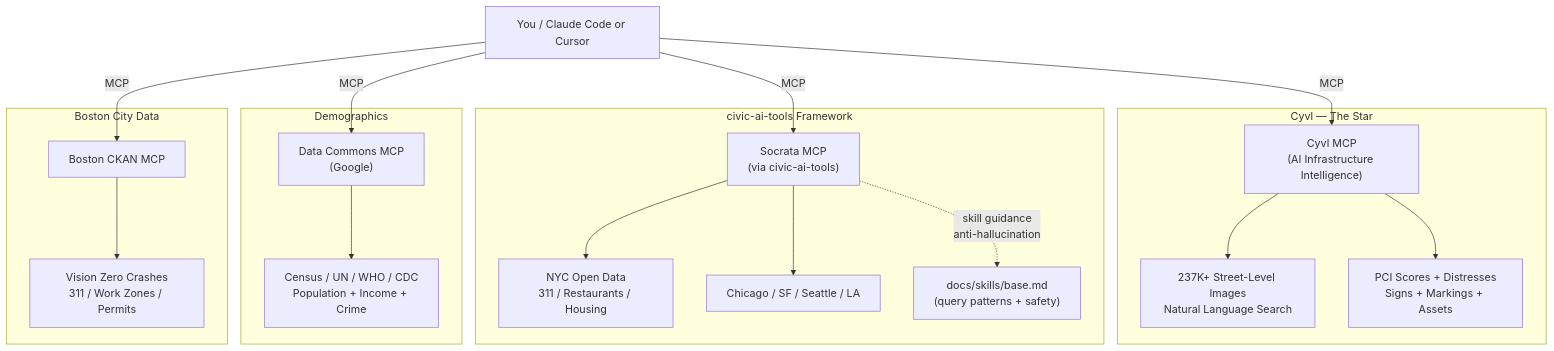
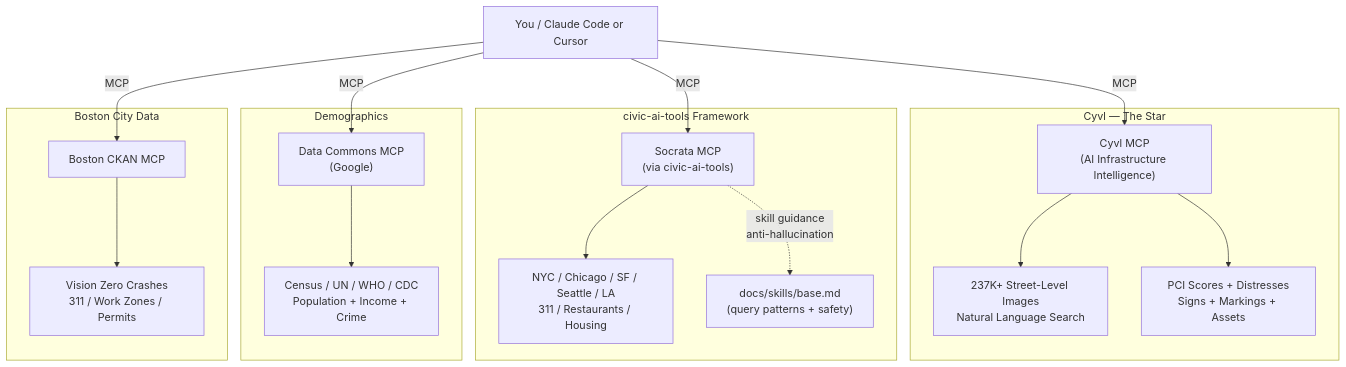
The diagram in README.md (roadgnar/mcp-demo), drawn with Mermaid before and after one commit. The commit also changed other lines of this file and 5 other files, not shown here.

````diff
--- a/README.md
+++ b/README.md
@@ -34,28 +34,27 @@
 ```mermaid
 graph TD
     User[You / Claude Code or Cursor]
 
     User -->|MCP| Cyvl["Cyvl MCP\n(AI Infrastructure Intelligence)"]
     User -->|MCP| Socrata["Socrata MCP\n(via civic-ai-tools)"]
     User -->|MCP| DC["Data Commons MCP\n(Google)"]
     User -->|MCP| Boston["Boston CKAN MCP"]
 
     subgraph "Cyvl — The Star"
         Cyvl --> Images["237K+ Street-Level Images\nNatural Language Search"]
         Cyvl --> Pavement["PCI Scores + Distresses\nSigns + Markings + Assets"]
     end
 
     subgraph "civic-ai-tools Framework"
-        Socrata --> NYC["NYC Open Data\n311 / Restaurants / Housing"]
-        Socrata --> Multi["Chicago / SF / Seattle / LA"]
+        Socrata --> Multi["NYC / Chicago / SF / Seattle / LA\n311 / Restaurants / Housing"]
         Socrata -.->|"skill guidance\nanti-hallucination"| Skills["docs/skills/base.md\n(query patterns + safety)"]
     end
 
     subgraph "Demographics"
         DC --> Census["Census / UN / WHO / CDC\nPopulation + Income + Crime"]
     end
 
     subgraph "Boston City Data"
         Boston --> BostonData["Vision Zero Crashes\n311 / Work Zones / Permits"]
     end
 ```
````
